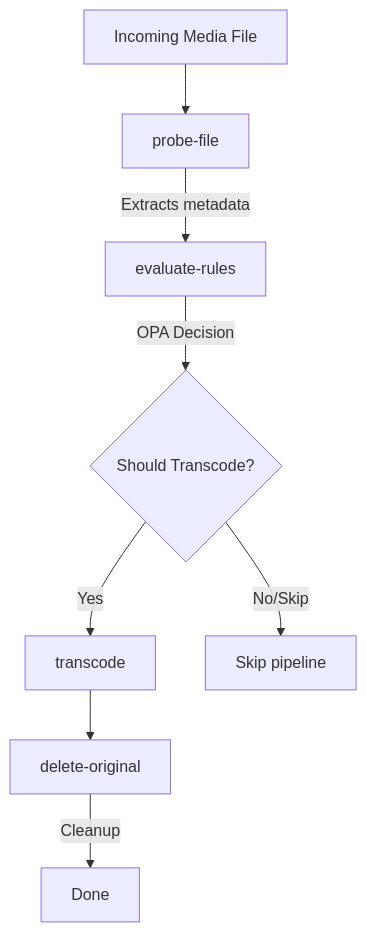
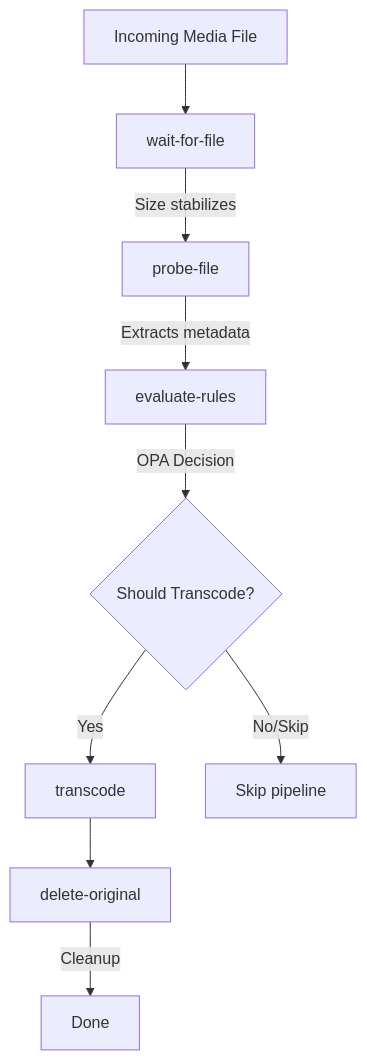
One commit to kevinastone/k8s-home changed the diagram in apps/media/transcoder/README.md. Above: the diagram before and after it, drawn with Mermaid. The commit also changed other lines of this file and 1 other file, not shown here.

Commit message:
feat(transcoder): add wait-for-file stabilization step before probing

````diff
--- a/apps/media/transcoder/README.md
+++ b/apps/media/transcoder/README.md
@@ -11,10 +11,11 @@
 ```mermaid
 graph TD
-    A[Incoming Media File] --> B[probe-file]
-    B -->|Extracts metadata| C[evaluate-rules]
-    C -->|OPA Decision| D{Should Transcode?}
-    D -->|Yes| E[transcode]
-    D -->|No/Skip| G[Skip pipeline]
-    E --> F[delete-original]
-    F -->|Cleanup| H[Done]
+    A[Incoming Media File] --> B[wait-for-file]
+    B -->|Size stabilizes| C[probe-file]
+    C -->|Extracts metadata| D[evaluate-rules]
+    D -->|OPA Decision| E{Should Transcode?}
+    E -->|Yes| F[transcode]
+    E -->|No/Skip| H[Skip pipeline]
+    F --> G[delete-original]
+    G -->|Cleanup| I[Done]
 ```
````
